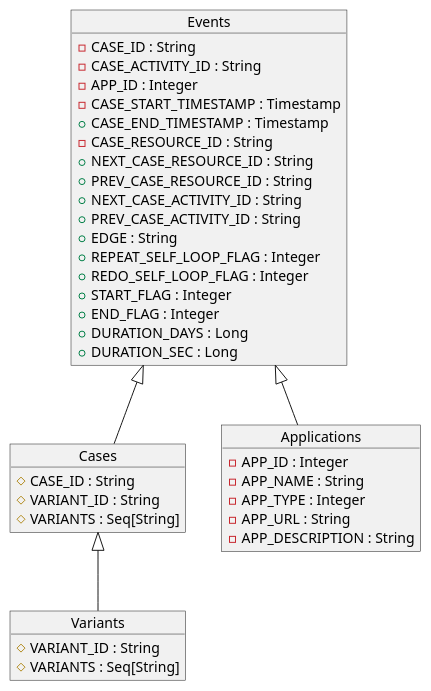
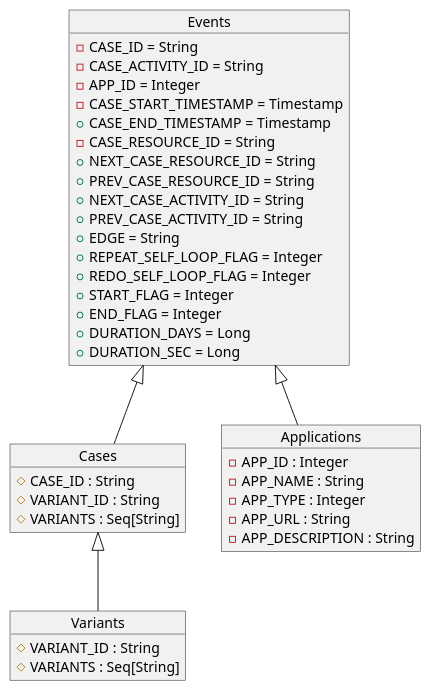
One commit to fcenedes/flows changed the diagram in flow.md. Above: the diagram before and after it, drawn with PlantUML.

```diff
--- a/flow.md
+++ b/flow.md
@@ -20,49 +20,49 @@
 @startuml
 
 
 Object Events {
-   -CASE_ID : String
-   -CASE_ACTIVITY_ID : String
-   -APP_ID : Integer
-   -CASE_START_TIMESTAMP : Timestamp
-   +CASE_END_TIMESTAMP : Timestamp
-   -CASE_RESOURCE_ID : String
-   +NEXT_CASE_RESOURCE_ID : String
-   +PREV_CASE_RESOURCE_ID : String
-   +NEXT_CASE_ACTIVITY_ID : String
-   +PREV_CASE_ACTIVITY_ID : String
-   +EDGE : String
-   +REPEAT_SELF_LOOP_FLAG : Integer
-   +REDO_SELF_LOOP_FLAG : Integer
-   +START_FLAG : Integer
-   +END_FLAG : Integer
-   +DURATION_DAYS : Long
-   +DURATION_SEC : Long
+   -CASE_ID = String
+   -CASE_ACTIVITY_ID = String
+   -APP_ID = Integer
+   -CASE_START_TIMESTAMP = Timestamp
+   +CASE_END_TIMESTAMP = Timestamp
+   -CASE_RESOURCE_ID = String
+   +NEXT_CASE_RESOURCE_ID = String
+   +PREV_CASE_RESOURCE_ID = String
+   +NEXT_CASE_ACTIVITY_ID = String
+   +PREV_CASE_ACTIVITY_ID = String
+   +EDGE = String
+   +REPEAT_SELF_LOOP_FLAG = Integer
+   +REDO_SELF_LOOP_FLAG = Integer
+   +START_FLAG = Integer
+   +END_FLAG = Integer
+   +DURATION_DAYS = Long
+   +DURATION_SEC = Long
    
 }
 
 Object Cases {
   #CASE_ID : String
   #VARIANT_ID : String
   #VARIANTS : Seq[String]
 }
 
 Object Variants {
    #VARIANT_ID : String
    #VARIANTS : Seq[String]
 }
 
 Object Applications {
    -APP_ID : Integer
    -APP_NAME : String
    -APP_TYPE : Integer
    -APP_URL : String
    -APP_DESCRIPTION : String
 }
 
 
 Events <|-- Cases
 Cases <|-- Variants
 Events <|-- Applications
 
 @enduml
```
